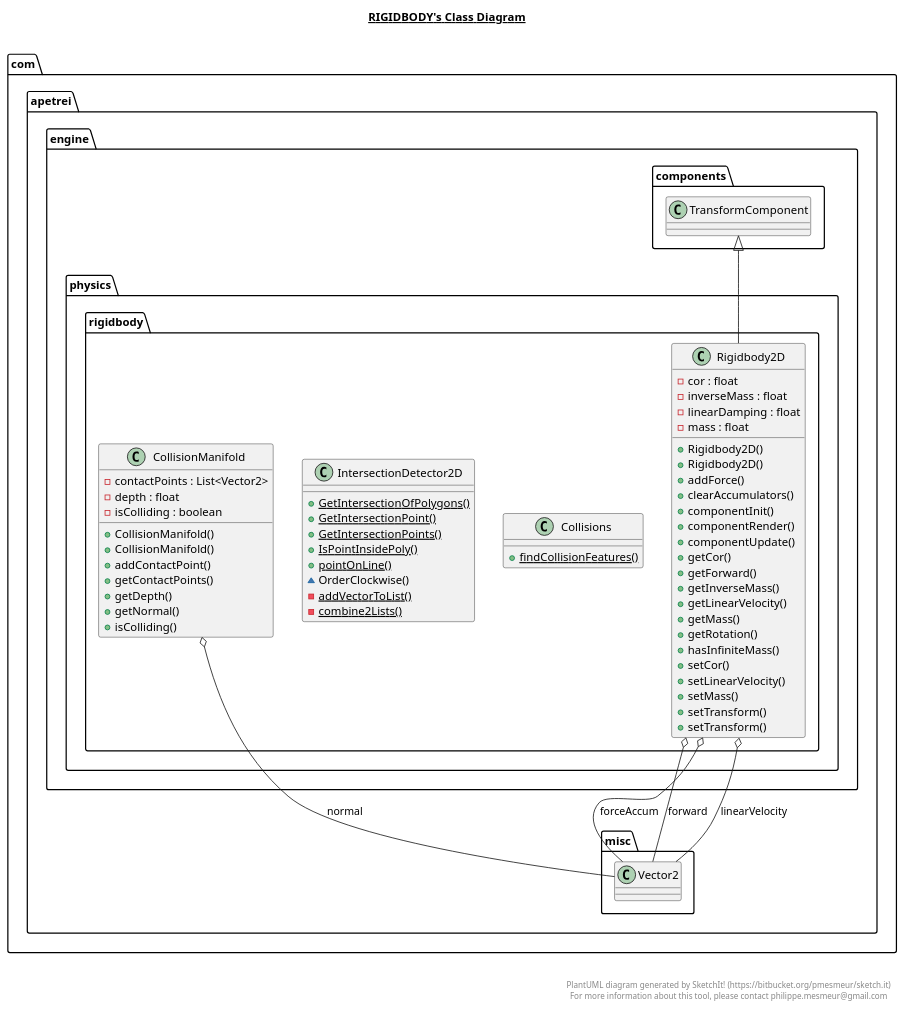
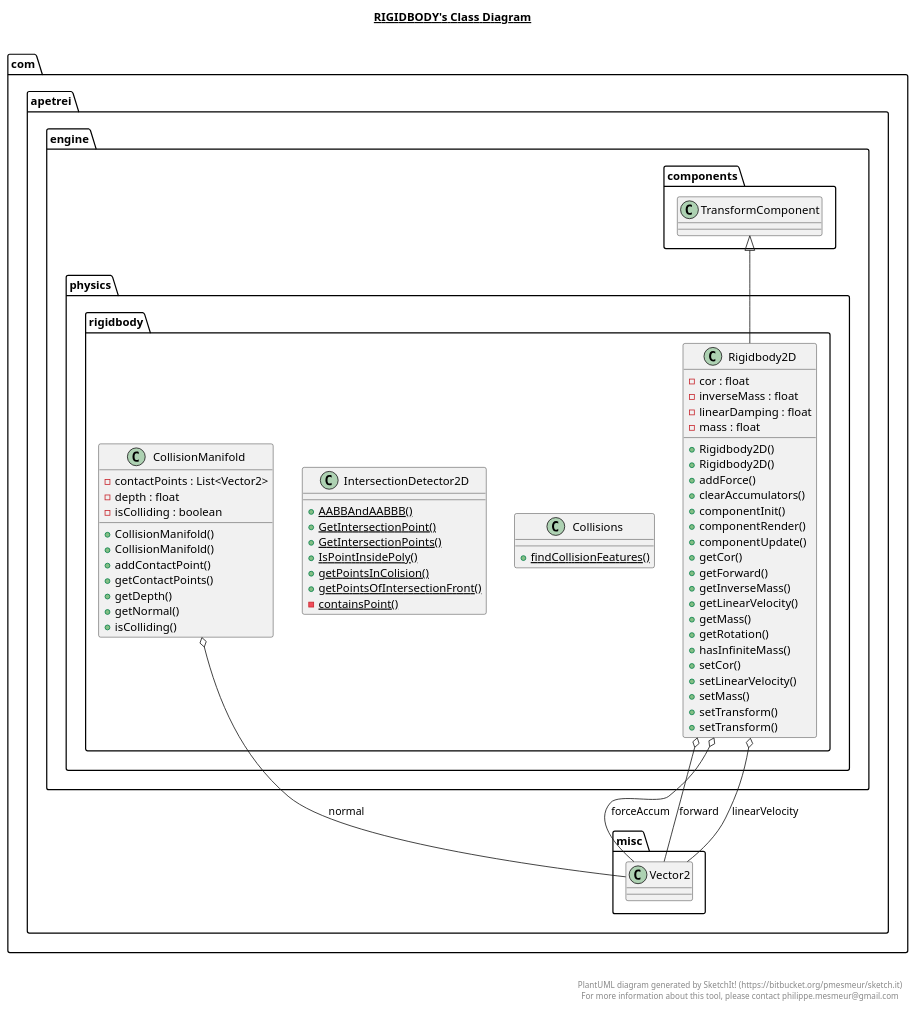
The diagram in out/production/Skewed Engine/com/apetrei/engine/physics/rigidbody/rigidbody.plantuml (TheWiseWolfy/Wild-Sky), drawn with PlantUML before and after one commit. The commit also changed 58 other files, not shown here.

```diff
--- a/out/production/Skewed Engine/com/apetrei/engine/physics/rigidbody/rigidbody.plantuml
+++ b/out/production/Skewed Engine/com/apetrei/engine/physics/rigidbody/rigidbody.plantuml
@@ -1,101 +1,100 @@
 @startuml
 
 title __RIGIDBODY's Class Diagram__\n
 
   namespace com.apetrei.engine {
     namespace physics {
       namespace rigidbody {
         class com.apetrei.engine.physics.rigidbody.CollisionManifold {
             - contactPoints : List<Vector2>
             - depth : float
             - isColliding : boolean
             + CollisionManifold()
             + CollisionManifold()
             + addContactPoint()
             + getContactPoints()
             + getDepth()
             + getNormal()
             + isColliding()
         }
       }
     }
   }
   
 
   namespace com.apetrei.engine {
     namespace physics {
       namespace rigidbody {
         class com.apetrei.engine.physics.rigidbody.Collisions {
             {static} + findCollisionFeatures()
         }
       }
     }
   }
   
 
   namespace com.apetrei.engine {
     namespace physics {
       namespace rigidbody {
         class com.apetrei.engine.physics.rigidbody.IntersectionDetector2D {
-            {static} + GetIntersectionOfPolygons()
+            {static} + AABBAndAABBB()
             {static} + GetIntersectionPoint()
             {static} + GetIntersectionPoints()
             {static} + IsPointInsidePoly()
-            {static} + pointOnLine()
-            ~ OrderClockwise()
-            {static} - addVectorToList()
-            {static} - combine2Lists()
+            {static} + getPointsInColision()
+            {static} + getPointsOfIntersectionFront()
+            {static} - containsPoint()
         }
       }
     }
   }
   
 
   namespace com.apetrei.engine {
     namespace physics {
       namespace rigidbody {
         class com.apetrei.engine.physics.rigidbody.Rigidbody2D {
             - cor : float
             - inverseMass : float
             - linearDamping : float
             - mass : float
             + Rigidbody2D()
             + Rigidbody2D()
             + addForce()
             + clearAccumulators()
             + componentInit()
             + componentRender()
             + componentUpdate()
             + getCor()
             + getForward()
             + getInverseMass()
             + getLinearVelocity()
             + getMass()
             + getRotation()
             + hasInfiniteMass()
             + setCor()
             + setLinearVelocity()
             + setMass()
             + setTransform()
             + setTransform()
         }
       }
     }
   }
   
 
   com.apetrei.engine.physics.rigidbody.CollisionManifold o-- com.apetrei.misc.Vector2 : normal
   com.apetrei.engine.physics.rigidbody.Rigidbody2D -up-|> com.apetrei.engine.components.TransformComponent
   com.apetrei.engine.physics.rigidbody.Rigidbody2D o-- com.apetrei.misc.Vector2 : forceAccum
   com.apetrei.engine.physics.rigidbody.Rigidbody2D o-- com.apetrei.misc.Vector2 : forward
   com.apetrei.engine.physics.rigidbody.Rigidbody2D o-- com.apetrei.misc.Vector2 : linearVelocity
 
 
 right footer
 
 
 PlantUML diagram generated by SketchIt! (https://bitbucket.org/pmesmeur/sketch.it)
 For more information about this tool, please contact philippe.mesmeur@gmail.com
 endfooter
 
 @enduml
```
